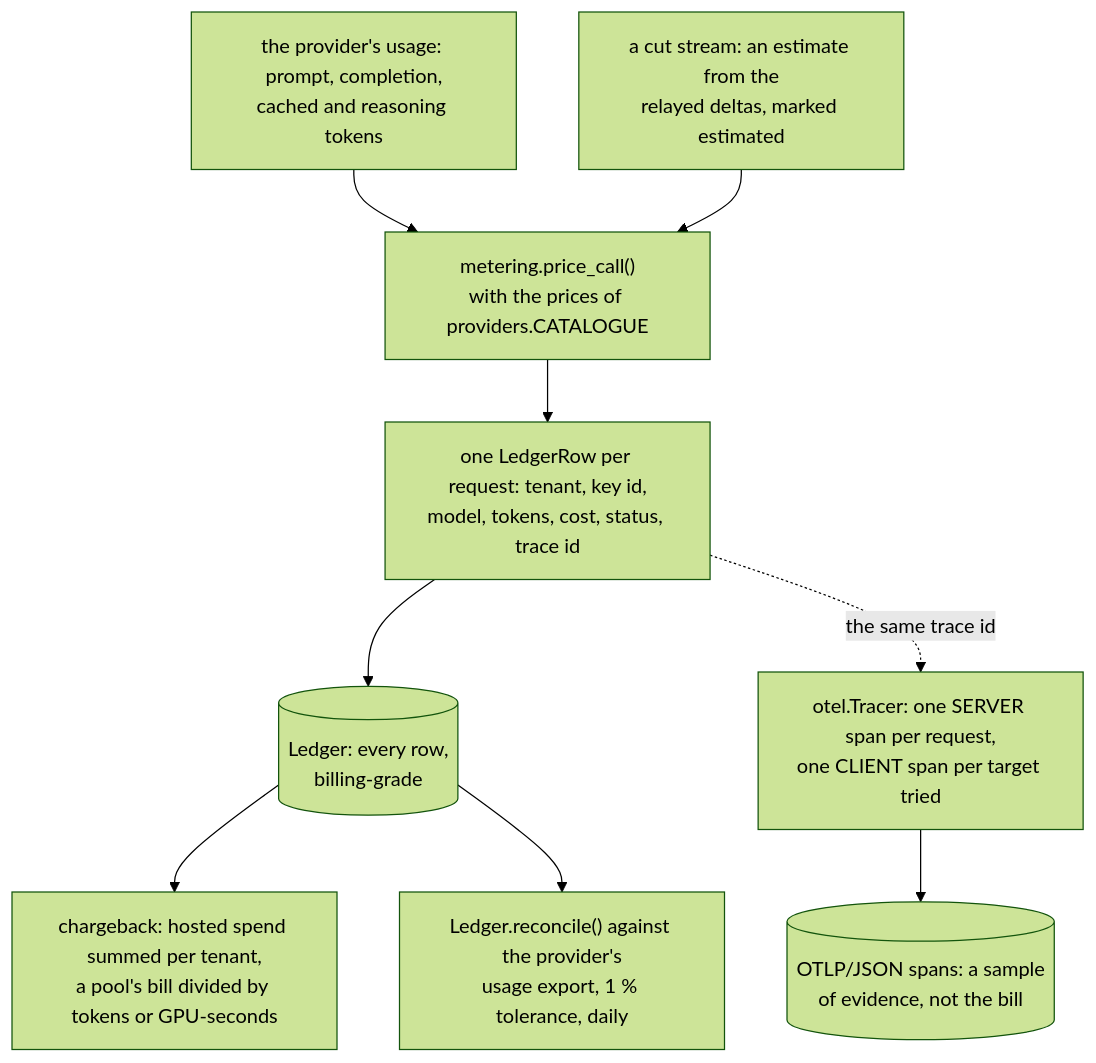
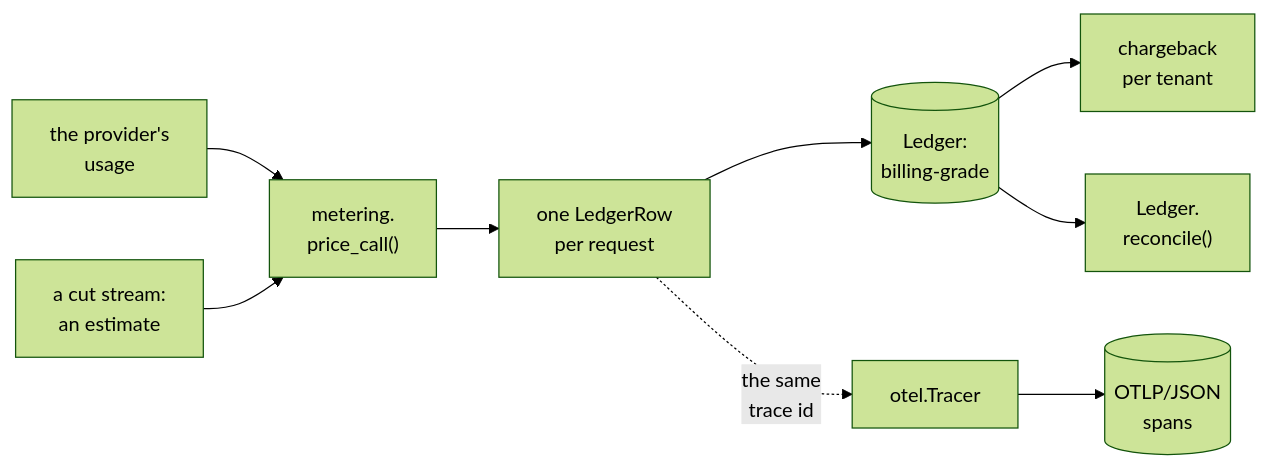
The seventh of 9 diagrams in 06-gateway/llm-gateway/PRIMER.md (aniryou/full-stack-agentic-engineer), drawn with Mermaid (forest theme) before and after one commit. The commit also changed other lines of this file and 105 other files, not shown here.

````diff
--- a/06-gateway/llm-gateway/PRIMER.md
+++ b/06-gateway/llm-gateway/PRIMER.md
@@ -706,11 +709,11 @@
 ```mermaid
-flowchart TB
-    U["the provider's usage: prompt, completion,<br/>cached and reasoning tokens"] --> PR["metering.price_call()<br/>with the prices of providers.CATALOGUE"]
-    EST["a cut stream: an estimate from the<br/>relayed deltas, marked estimated"] --> PR
-    PR --> ROW["one LedgerRow per request: tenant, key id,<br/>model, tokens, cost, status, trace id"]
-    ROW --> LED[("Ledger: every row,<br/>billing-grade")]
-    LED --> CB["chargeback: hosted spend summed per tenant,<br/>a pool's bill divided by tokens or GPU-seconds"]
-    LED --> REC["Ledger.reconcile() against the provider's<br/>usage export, 1 % tolerance, daily"]
-    ROW -. "the same trace id" .-> TR["otel.Tracer: one SERVER span per request,<br/>one CLIENT span per target tried"]
-    TR --> SP[("OTLP/JSON spans: a sample<br/>of evidence, not the bill")]
+flowchart LR
+    U["the provider's<br/>usage"] --> PR["metering.<br/>price_call()"]
+    EST["a cut stream:<br/>an estimate"] --> PR
+    PR --> ROW["one LedgerRow<br/>per request"]
+    ROW --> LED[("Ledger:<br/>billing-grade")]
+    LED --> CB["chargeback<br/>per tenant"]
+    LED --> REC["Ledger.<br/>reconcile()"]
+    ROW -. "the same<br/>trace id" .-> TR["otel.Tracer"]
+    TR --> SP[("OTLP/JSON<br/>spans")]
 ```
````
